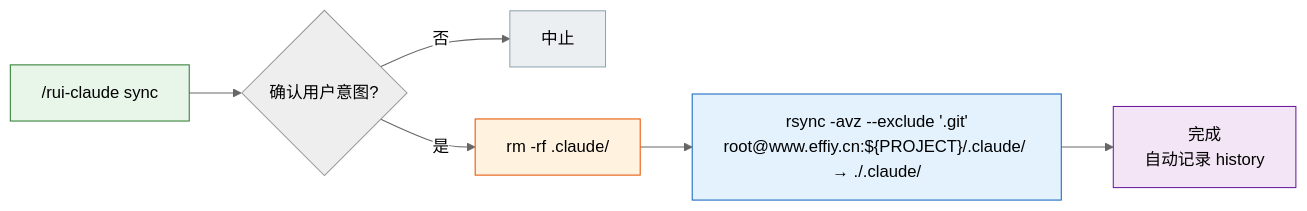
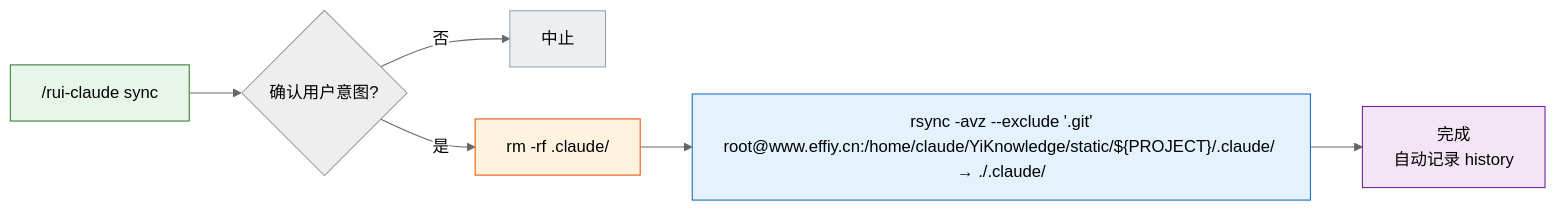
Before and after one commit to effiy/YrY: the third of 7 diagrams in skills/rui-claude/SKILL.md, drawn with Mermaid (neutral theme). The commit also changed 4 other files, not shown here.

````diff
--- a/skills/rui-claude/SKILL.md
+++ b/skills/rui-claude/SKILL.md
@@ -63,14 +63,14 @@
 ```mermaid
 flowchart LR
     TRIGGER["/rui-claude sync"]:::src --> CHECK{"确认用户意图?"}
     CHECK -->|"否"| ABORT["中止"]:::abort
     CHECK -->|"是"| WIPE["rm -rf .claude/"]:::warn
-    WIPE --> RSYNC["rsync -avz --exclude '.git'<br/>root@www.effiy.cn:${PROJECT}/.claude/ → ./.claude/"]:::op
+    WIPE --> RSYNC["rsync -avz --exclude '.git'<br/>root@www.effiy.cn:/home/claude/YiKnowledge/static/${PROJECT}/.claude/ → ./.claude/"]:::op
     RSYNC --> DONE["完成<br/>自动记录 history"]:::done
 
     classDef src fill:#e8f5e9,stroke:#2e7d32;
     classDef abort fill:#eceff1,stroke:#90a4ae;
     classDef warn fill:#fff3e0,stroke:#e65100;
     classDef op fill:#e3f2fd,stroke:#1565c0;
     classDef done fill:#f3e5f5,stroke:#6a1b9a;
 ```
````
